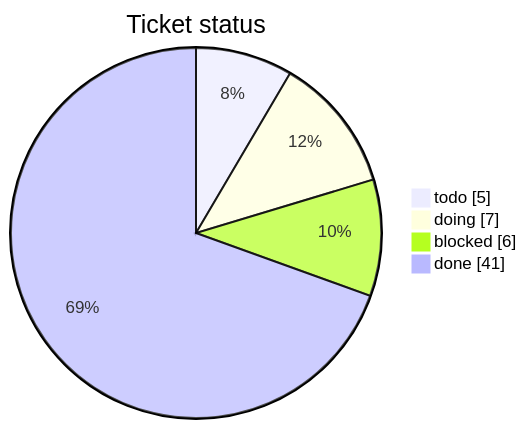
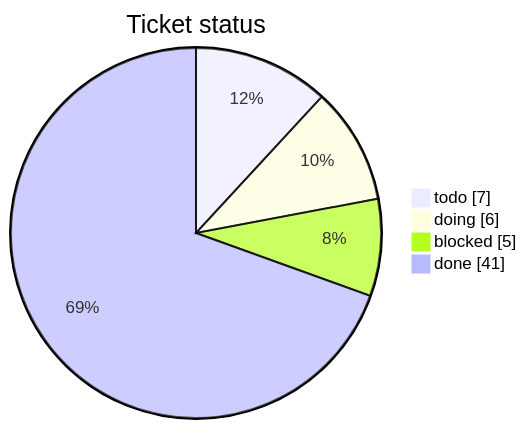
One commit to mohamed-soubhi/bootlab-esp changed the first of 3 diagrams in tickets/TICKETS.md. Above: the diagram before and after it, drawn with Mermaid. The commit also changed other lines of this file and 5 other files, not shown here.

````diff
--- a/tickets/TICKETS.md
+++ b/tickets/TICKETS.md
@@ -14,7 +14,7 @@
 ```mermaid
 pie showData title Ticket status
-    "todo" : 5
-    "doing" : 7
-    "blocked" : 6
+    "todo" : 7
+    "doing" : 6
+    "blocked" : 5
     "done" : 41
 ```
````
